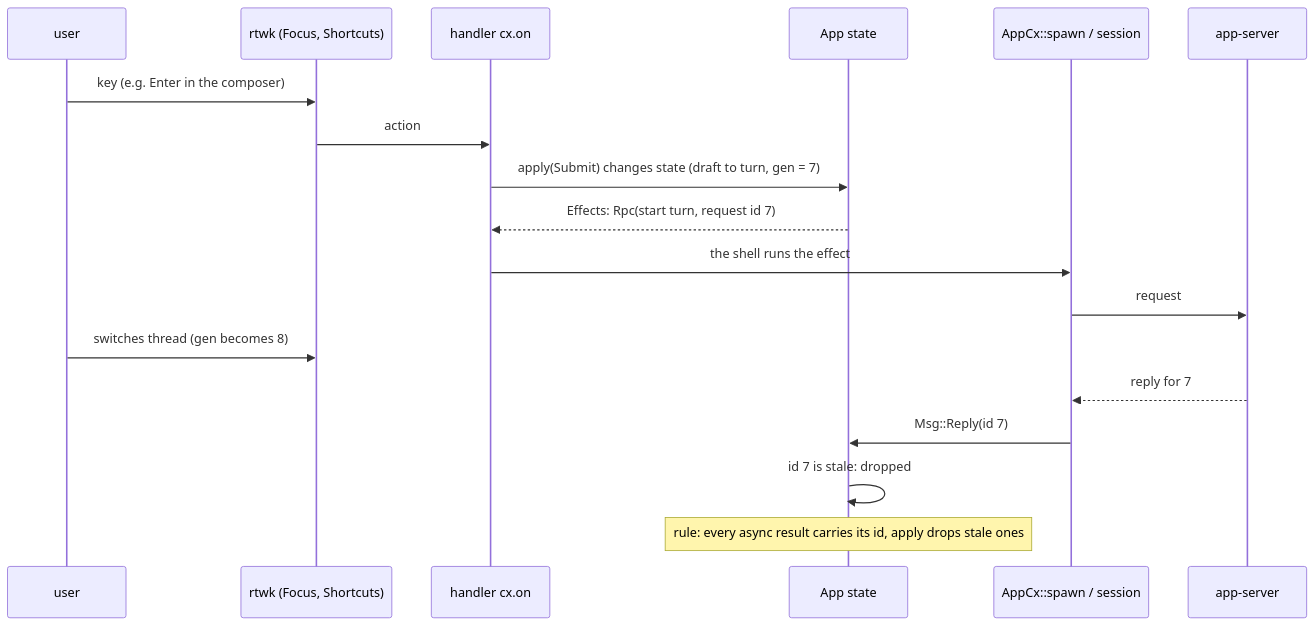
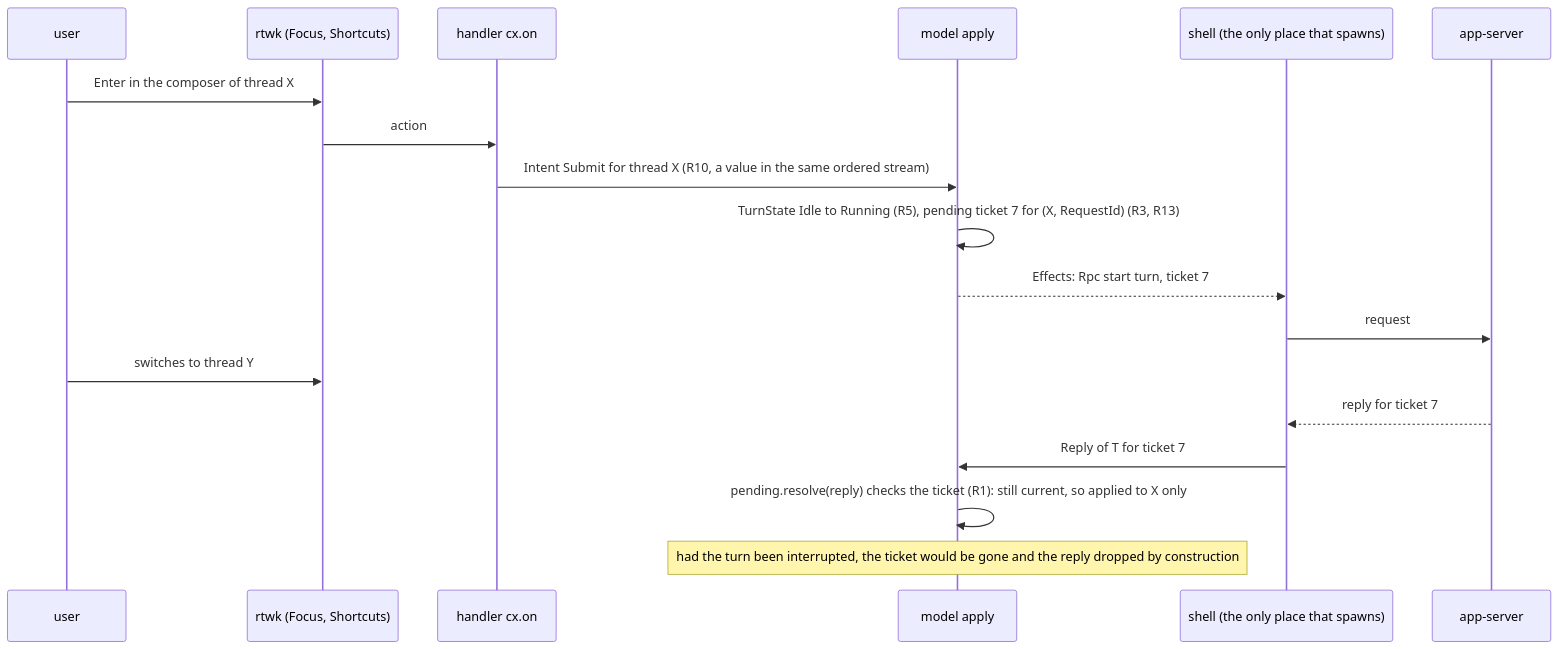
Before and after one commit to Maryarty/CodexCLI: the fifth of 11 diagrams in docs/rtwk-port/design.md, drawn with Mermaid. The commit also changed other lines of this file and 2 other files, not shown here.

Commit message:
design-adr003: design updated for accepted ADR-003 — thread-scoped apply, tickets, intents as values, R1-R14 in diagrams 4-6, new 6b bug classes removed by construction

````diff
--- a/docs/rtwk-port/design.md
+++ b/docs/rtwk-port/design.md
@@ -126,20 +127,20 @@
 ```mermaid
 sequenceDiagram
   participant U as user
   participant R as rtwk (Focus, Shortcuts)
   participant H as handler cx.on
-  participant M as App state
-  participant S as AppCx::spawn / session
+  participant M as model apply
+  participant SH as shell (the only place that spawns)
   participant AS as app-server
-  U->>R: key (e.g. Enter in the composer)
+  U->>R: Enter in the composer of thread X
   R->>H: action
-  H->>M: apply(Submit) changes state (draft to turn, gen = 7)
-  M-->>H: Effects: Rpc(start turn, request id 7)
-  H->>S: the shell runs the effect
-  S->>AS: request
-  U->>R: switches thread (gen becomes 8)
-  AS-->>S: reply for 7
-  S->>M: Msg::Reply(id 7)
-  M->>M: id 7 is stale: dropped
-  Note over M: rule: every async result carries its id, apply drops stale ones
+  H->>M: Intent Submit for thread X (R10, a value in the same ordered stream)
+  M->>M: TurnState Idle to Running (R5), pending ticket 7 for (X, RequestId) (R3, R13)
+  M-->>SH: Effects: Rpc start turn, ticket 7
+  SH->>AS: request
+  U->>R: switches to thread Y
+  AS-->>SH: reply for ticket 7
+  SH->>M: Reply of T for ticket 7
+  M->>M: pending.resolve(reply) checks the ticket (R1): still current, so applied to X only
+  Note over M: had the turn been interrupted, the ticket would be gone and the reply dropped by construction
 ```
````
